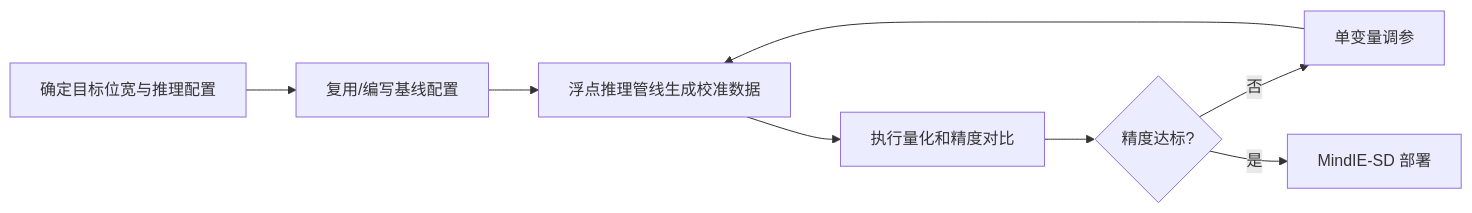
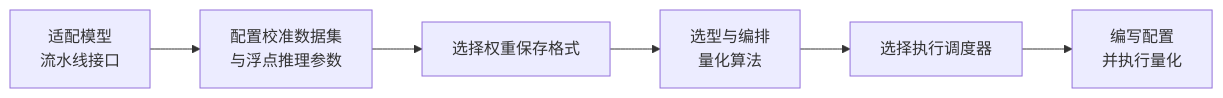
The diagram in msmodelslim/docs/zh/knowledge_base/ptq/dit/usage_diffusion_transformer_quantization.md (mindstudio-docs/master), drawn with Mermaid before and after one commit. The commit also changed other lines of this file and 235 other files, not shown here.

````diff
--- a/msmodelslim/docs/zh/knowledge_base/ptq/dit/usage_diffusion_transformer_quantization.md
+++ b/msmodelslim/docs/zh/knowledge_base/ptq/dit/usage_diffusion_transformer_quantization.md
@@ -28,10 +29,8 @@
 ```mermaid
 flowchart LR
-    A[确定目标位宽与推理配置] --> B[复用/编写基线配置]
-    B --> C[浮点推理管线生成校准数据]
-    C --> D[执行量化和精度对比]
-    D --> E{精度达标?}
-    E -- 否 --> F[单变量调参]
-    F --> C
-    E -- 是 --> G[MindIE-SD 部署]
+    A[适配模型<br/>流水线接口] --> B[配置校准数据集<br/>与浮点推理参数]
+    B --> C[选择权重保存格式]
+    C --> D[选型与编排<br/>量化算法]
+    D --> E[选择执行调度器]
+    E --> F[编写配置<br/>并执行量化]
 ```
````
